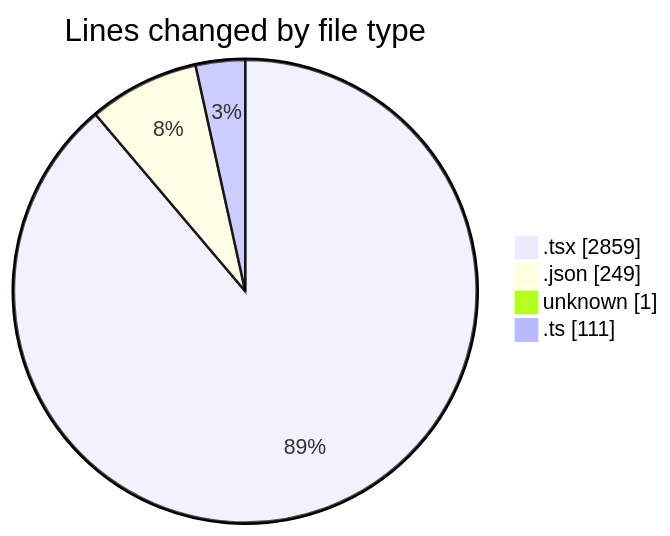
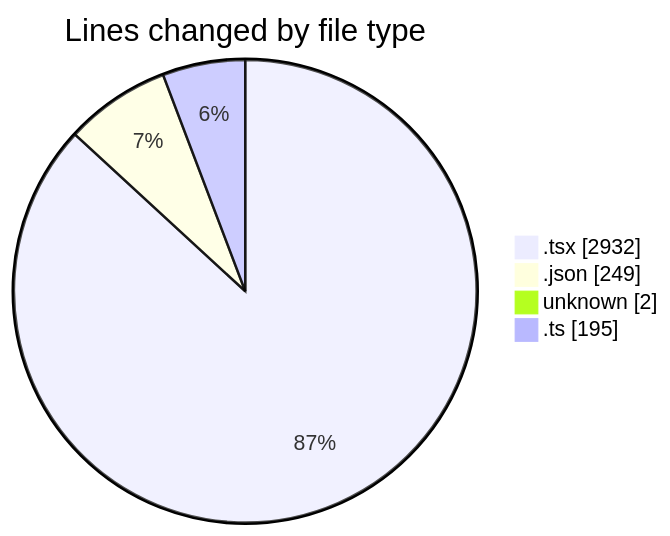
One commit to Elitesun/code-tracking changed the first of 2 diagrams in 2025-05-07/niten/README.md. Above: the diagram before and after it, drawn with Mermaid. The commit also changed other lines of this file and 1 other file, not shown here.

````diff
--- a/2025-05-07/niten/README.md
+++ b/2025-05-07/niten/README.md
@@ -51,8 +52,8 @@
 ```mermaid
 pie showData
 title Lines changed by file type
-".tsx" : 2859
+".tsx" : 2932
 ".json" : 249
-"unknown" : 1
-".ts" : 111
+"unknown" : 2
+".ts" : 195
 ```
````
